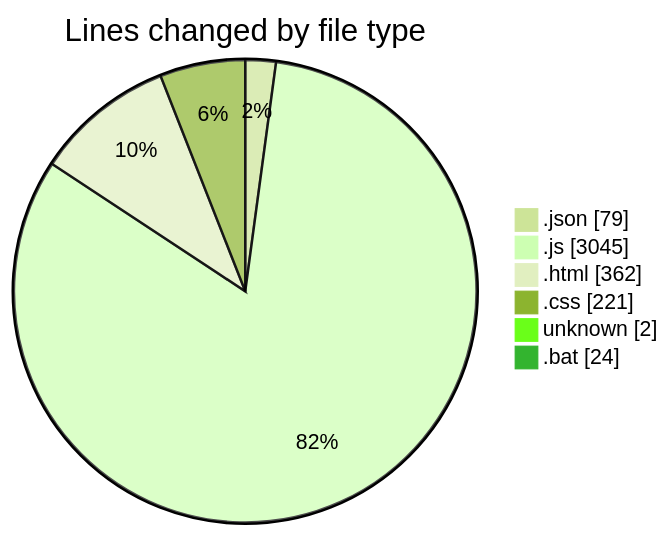
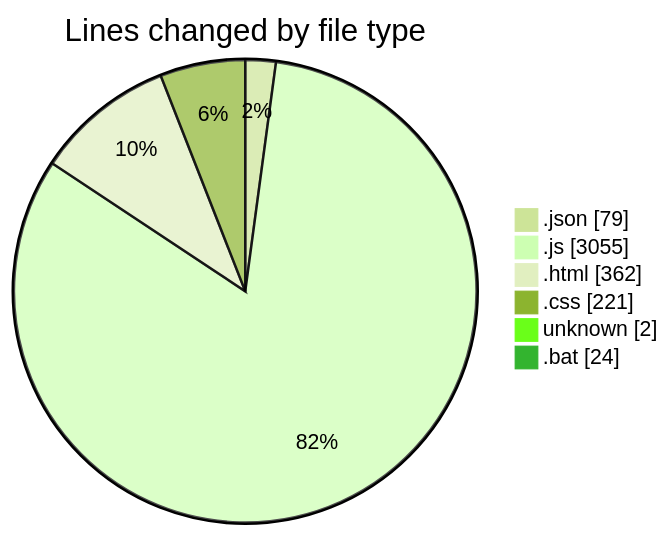
The first of 2 diagrams in 2025-08-03/boz-rat/README.md (lephambinh05/code-tracking), drawn with Mermaid (forest theme) before and after one commit. The commit also changed other lines of this file and 1 other file, not shown here.

````diff
--- a/2025-08-03/boz-rat/README.md
+++ b/2025-08-03/boz-rat/README.md
@@ -36,10 +36,10 @@
 ```mermaid
 pie showData
 title Lines changed by file type
 ".json" : 79
-".js" : 3045
+".js" : 3055
 ".html" : 362
 ".css" : 221
 "unknown" : 2
 ".bat" : 24
 ```
````
